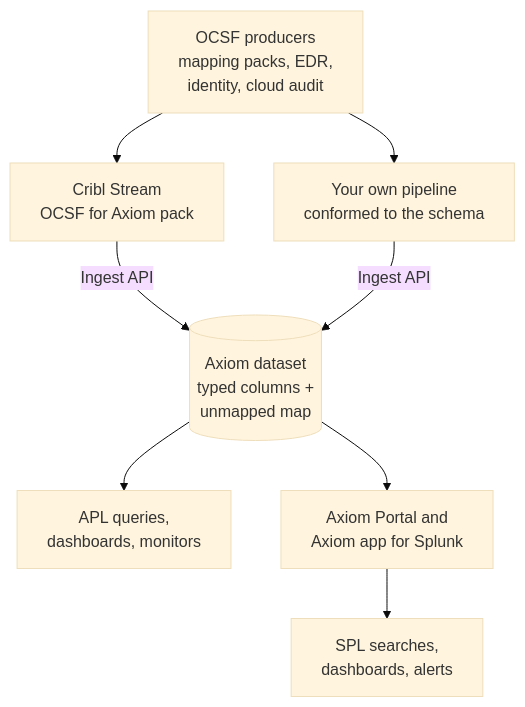
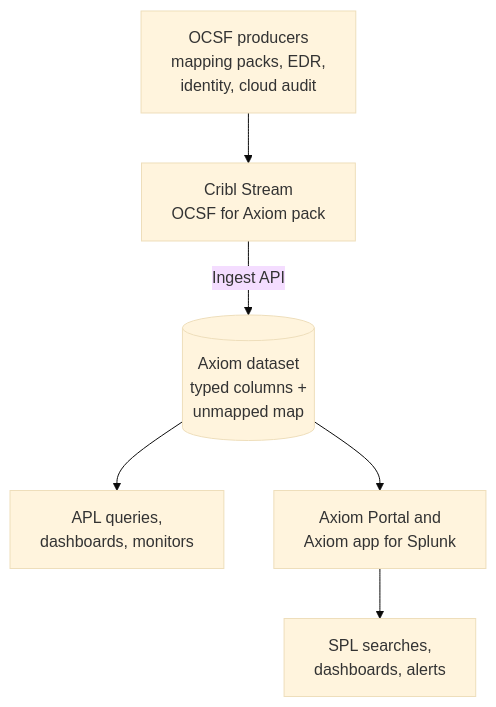
One commit to axiomhq/docs changed the first of 2 diagrams in content/docs/(documentation)/use-cases/ocsf.mdx. Above: the diagram before and after it, drawn with Mermaid (base theme). The commit also changed other lines of this file and 2 other files, not shown here.

First line of the commit message:
Remove links to private OCSF repos; Cribl Dispensary is the only documented ingest path

````diff
--- a/content/docs/(documentation)/use-cases/ocsf.mdx
+++ b/content/docs/(documentation)/use-cases/ocsf.mdx
@@ -14,10 +14,8 @@
 ```mermaid
 flowchart TB
     P["OCSF producers<br/>mapping packs, EDR,<br/>identity, cloud audit"] --> Cribl["Cribl Stream<br/>OCSF for Axiom pack"]
-    P --> Own["Your own pipeline<br/>conformed to the schema"]
     Cribl -->|"Ingest API"| DS[("Axiom dataset<br/>typed columns +<br/>unmapped map")]:::axiom
-    Own -->|"Ingest API"| DS
     DS --> APL["APL queries,<br/>dashboards, monitors"]:::axiom
     DS --> Portal["Axiom Portal and<br/>Axiom app for Splunk"]:::axiom
     Portal --> SPL["SPL searches,<br/>dashboards, alerts"]:::splunk
 ```
````
